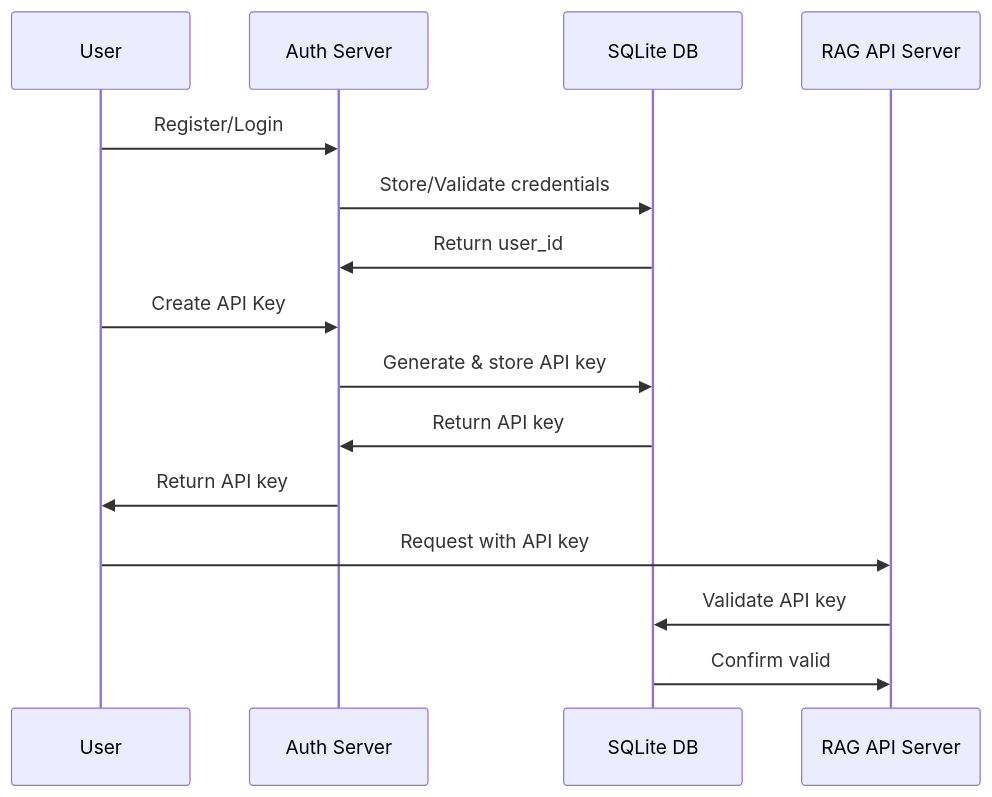
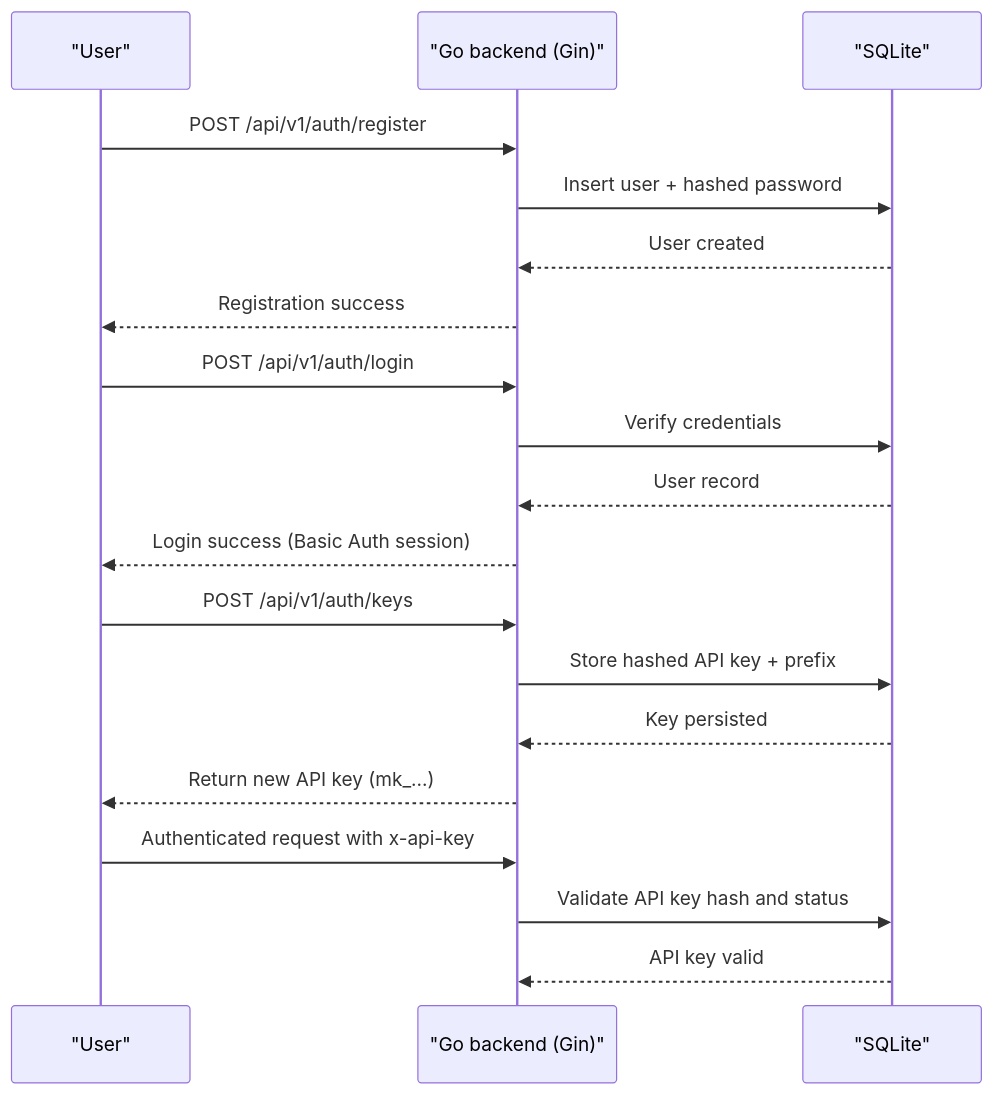
Before and after one commit to Quantum3-Labs/icp-coder: the third of 4 diagrams in RAG_PIPELINE_DIAGRAM.md, drawn with Mermaid. The commit also changed other lines of this file and 3 other files, not shown here.

Commit message:
Update rag diagrams, add architecture diagram

````diff
--- a/RAG_PIPELINE_DIAGRAM.md
+++ b/RAG_PIPELINE_DIAGRAM.md
@@ -155,20 +84,25 @@
 ```mermaid
 sequenceDiagram
-    participant U as User
-    participant AS as Auth Server
-    participant DB as SQLite DB
-    participant RAS as RAG API Server
+    participant User as "User"
+    participant Backend as "Go backend (Gin)"
+    participant DB as "SQLite"
 
-    U->>AS: Register/Login
-    AS->>DB: Store/Validate credentials
-    DB->>AS: Return user_id
-    
-    U->>AS: Create API Key
-    AS->>DB: Generate & store API key
-    DB->>AS: Return API key
-    AS->>U: Return API key
-    
-    U->>RAS: Request with API key
-    RAS->>DB: Validate API key
-    DB->>RAS: Confirm valid
+    User->>Backend: POST /api/v1/auth/register
+    Backend->>DB: Insert user + hashed password
+    DB-->>Backend: User created
+    Backend-->>User: Registration success
+
+    User->>Backend: POST /api/v1/auth/login
+    Backend->>DB: Verify credentials
+    DB-->>Backend: User record
+    Backend-->>User: Login success (Basic Auth session)
+
+    User->>Backend: POST /api/v1/auth/keys
+    Backend->>DB: Store hashed API key + prefix
+    DB-->>Backend: Key persisted
+    Backend-->>User: Return new API key (mk_...)
+
+    User->>Backend: Authenticated request with x-api-key
+    Backend->>DB: Validate API key hash and status
+    DB-->>Backend: API key valid
 ```
````
